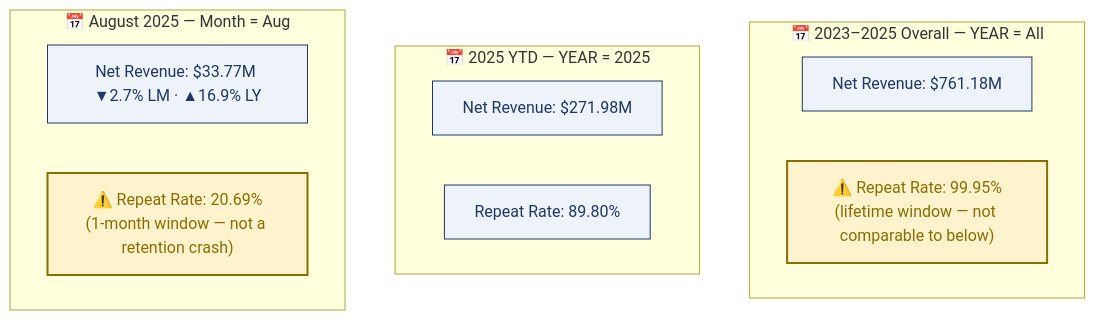
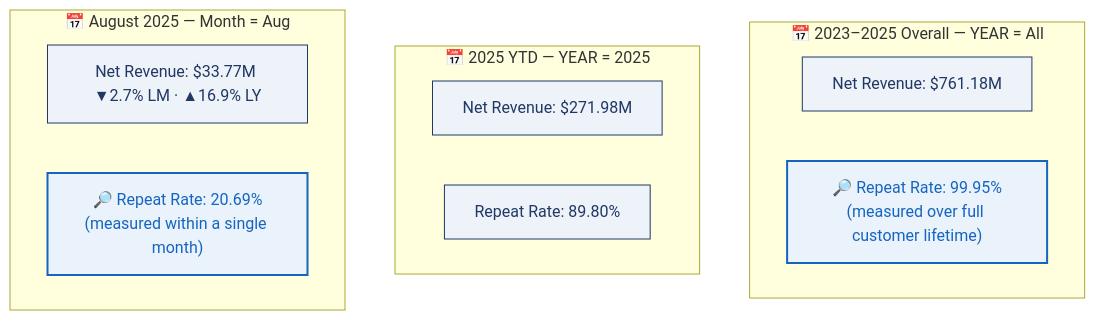
One commit to ankitkumargaya/E-Commerce-Analytics-Dashboard changed the diagram in README.md. Above: the diagram before and after it, drawn with Mermaid. The commit also changed other lines of this file, not shown here.

````diff
--- a/README.md
+++ b/README.md
@@ -93,20 +93,20 @@
 ```mermaid
 flowchart TD
     subgraph S1["📅 2023–2025 Overall — YEAR = All"]
         S1A["Net Revenue: $761.18M"]
-        S1B["⚠️ Repeat Rate: 99.95%<br/>(lifetime window — not comparable to below)"]
+        S1B["🔎 Repeat Rate: 99.95%<br/>(measured over full customer lifetime)"]
     end
     subgraph S2["📅 2025 YTD — YEAR = 2025"]
         S2A["Net Revenue: $271.98M"]
         S2B["Repeat Rate: 89.80%"]
     end
     subgraph S3["📅 August 2025 — Month = Aug"]
         S3A["Net Revenue: $33.77M ▼2.7% LM · ▲16.9% LY"]
-        S3B["⚠️ Repeat Rate: 20.69%<br/>(1-month window — not a retention crash)"]
+        S3B["🔎 Repeat Rate: 20.69%<br/>(measured within a single month)"]
     end
 
-    classDef warn fill:#fff3cd,stroke:#8a6d00,color:#8a6d00,stroke-width:2px;
+    classDef note fill:#eaf2fb,stroke:#1565C0,color:#1565C0,stroke-width:2px;
     classDef normal fill:#eef2f9,stroke:#1f3864,color:#1f3864;
-    class S1B,S3B warn;
+    class S1B,S3B note;
     class S1A,S2A,S2B,S3A normal;
 ```
````
